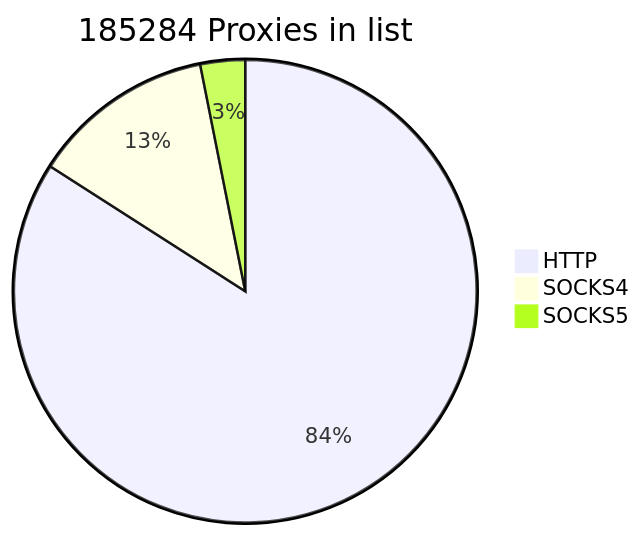
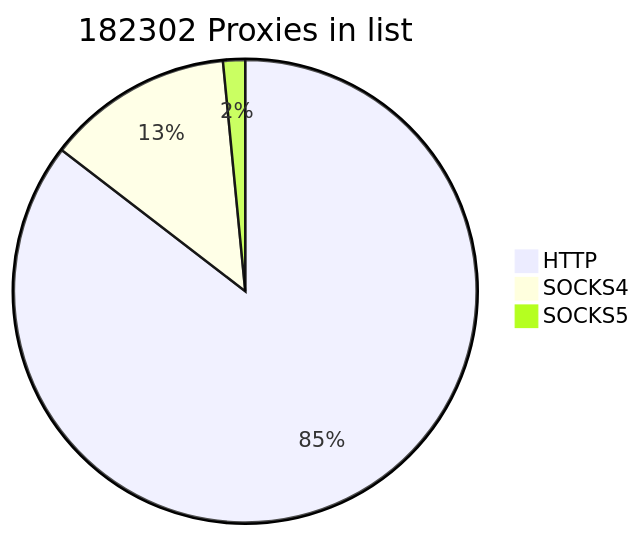
One commit to cutipu/proxylist changed the first of 2 diagrams in README.md. Above: the diagram before and after it, drawn with Mermaid. The commit also changed other lines of this file, not shown here.

````diff
--- a/README.md
+++ b/README.md
@@ -2,7 +2,7 @@
 ```mermaid
-pie title 185284 Proxies in list
+pie title 182302 Proxies in list
     "HTTP" : 155763
     "SOCKS4" : 23730
-    "SOCKS5" : 5791
+    "SOCKS5" : 2809
             
 ```
````
